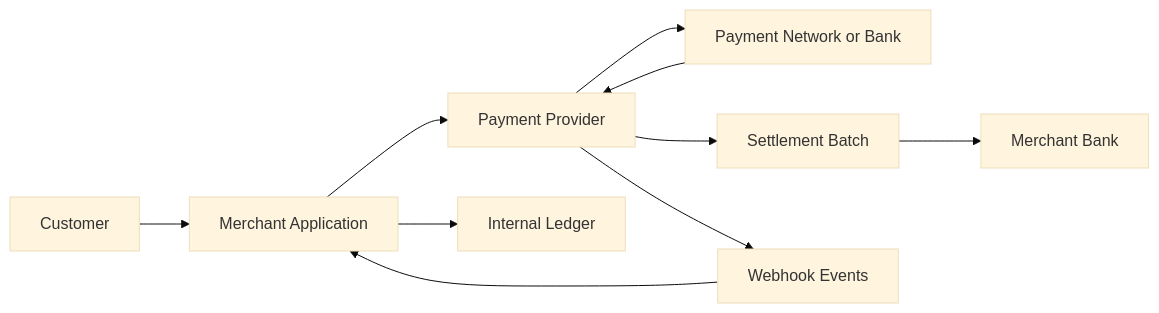
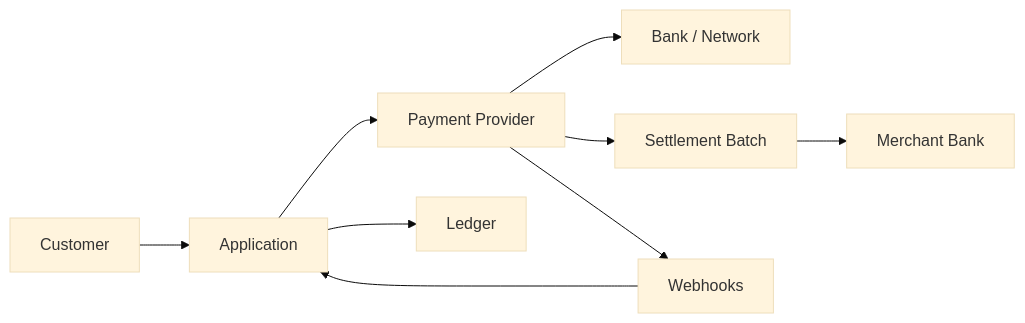
The third of 8 diagrams in src/content/payments/reconciliation.md (AvadhBhalodiya/Interview-Preparation), drawn with Mermaid (base theme) before and after one commit. The commit also changed other lines of this file and 54 other files, not shown here.

````diff
--- a/src/content/payments/reconciliation.md
+++ b/src/content/payments/reconciliation.md
@@ -89,12 +122,11 @@
 ```mermaid
 flowchart LR
-    C[Customer] --> A[Merchant Application]
-    A --> P[Payment Provider]
-    P --> N[Payment Network or Bank]
-    N --> P
-    P --> S[Settlement Batch]
-    S --> B[Merchant Bank]
-    A --> L[Internal Ledger]
-    P --> W[Webhook Events]
-    W --> A
+    C[Customer] --> APP[Application]
+    APP --> PSP[Payment Provider]
+    PSP --> NET[Bank / Network]
+    PSP --> SET[Settlement Batch]
+    SET --> BANK[Merchant Bank]
+    PSP --> WH[Webhooks]
+    WH --> APP
+    APP --> LEDGER[Ledger]
 ```
````
